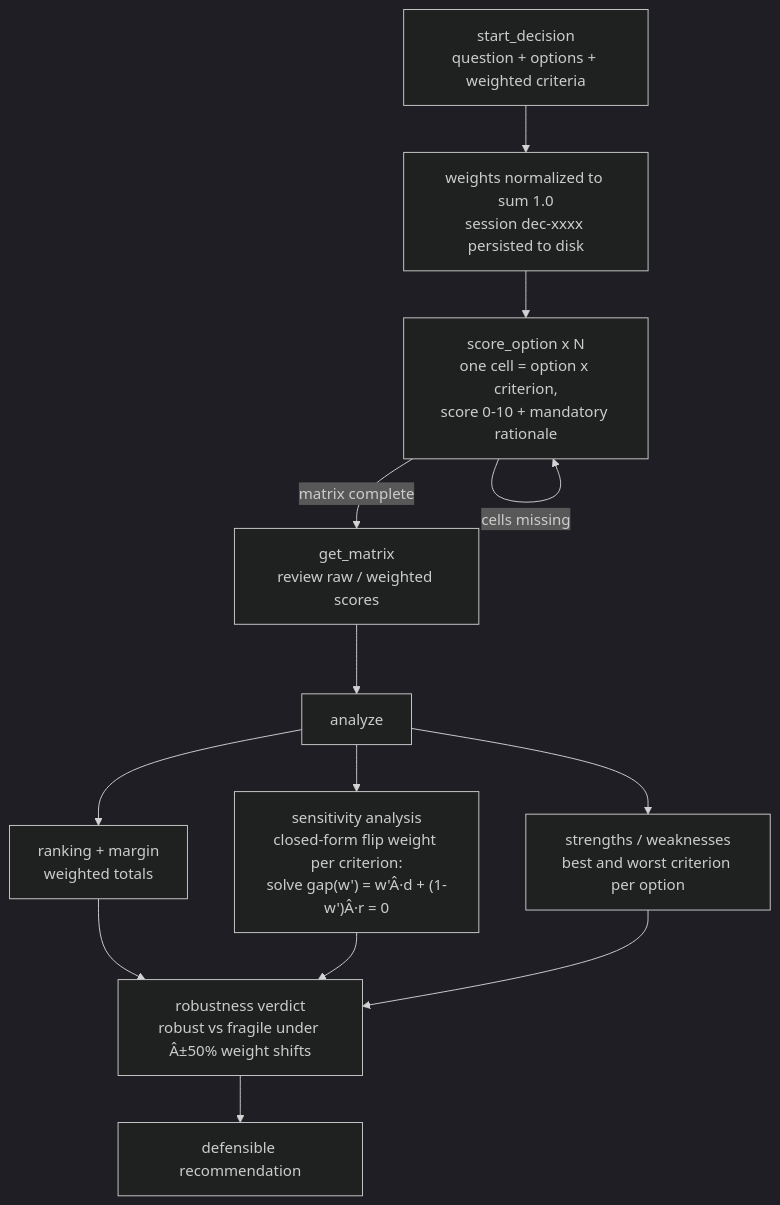
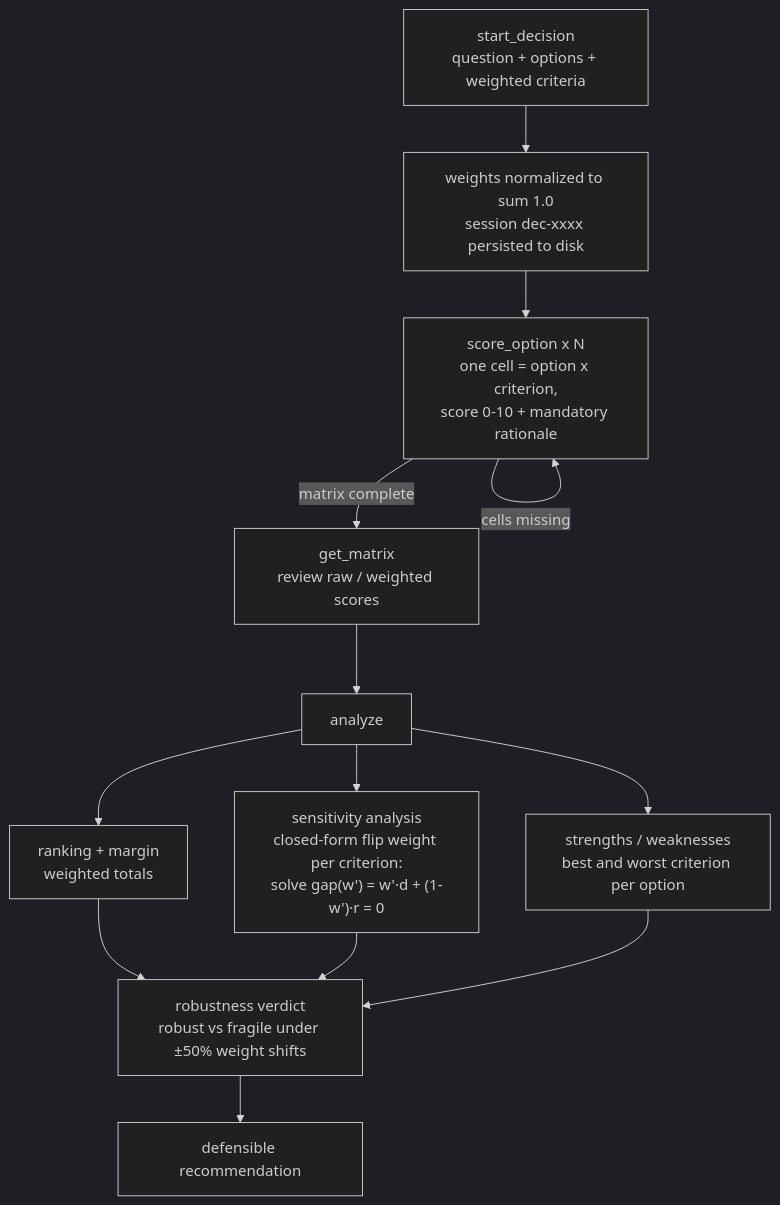
One commit to AleBrito124356/mcp-decision-lab changed the diagram in README.md. Above: the diagram before and after it, drawn with Mermaid (dark theme). The commit also changed other lines of this file and 8 other files, not shown here.

````diff
--- a/README.md
+++ b/README.md
@@ -25,15 +30,15 @@
 ```mermaid
 flowchart TD
     A[start_decision<br/>question + options + weighted criteria] --> B[weights normalized to sum 1.0<br/>session dec-xxxx persisted to disk]
     B --> C[score_option x N<br/>one cell = option x criterion,<br/>score 0-10 + mandatory rationale]
     C -->|cells missing| C
     C -->|matrix complete| D[get_matrix<br/>review raw / weighted scores]
     D --> E[analyze]
     E --> F[ranking + margin<br/>weighted totals]
-    E --> G["sensitivity analysis<br/>closed-form flip weight per criterion:<br/>solve gap(w') = w'Â·d + (1-w')Â·r = 0"]
+    E --> G["sensitivity analysis<br/>closed-form flip weight per criterion:<br/>solve gap(w') = w'·d + (1-w')·r = 0"]
     E --> H[strengths / weaknesses<br/>best and worst criterion per option]
-    F --> I[robustness verdict<br/>robust vs fragile under Â±50% weight shifts]
+    F --> I[robustness verdict<br/>robust vs fragile under ±50% weight shifts]
     G --> I
     H --> I
     I --> J[defensible recommendation]
 ```
````
